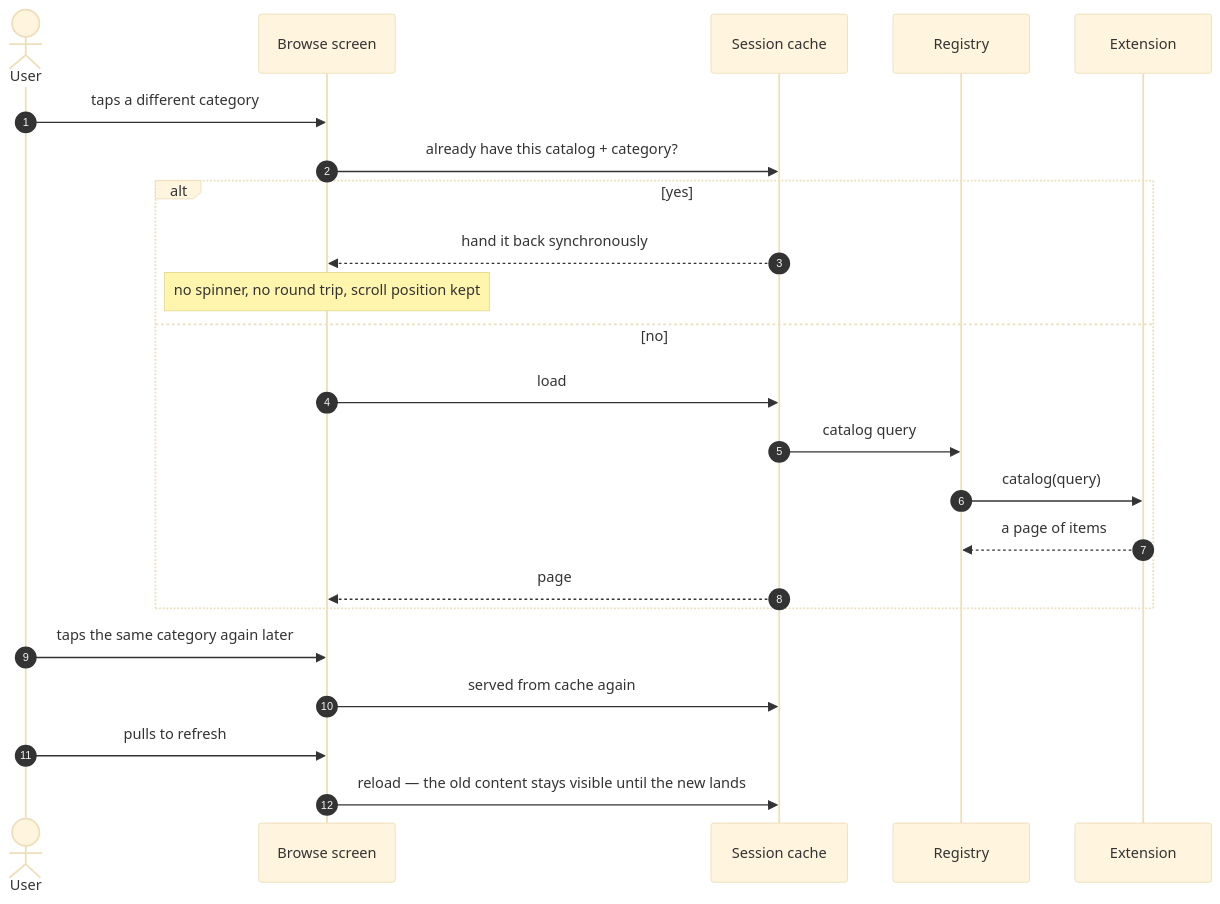
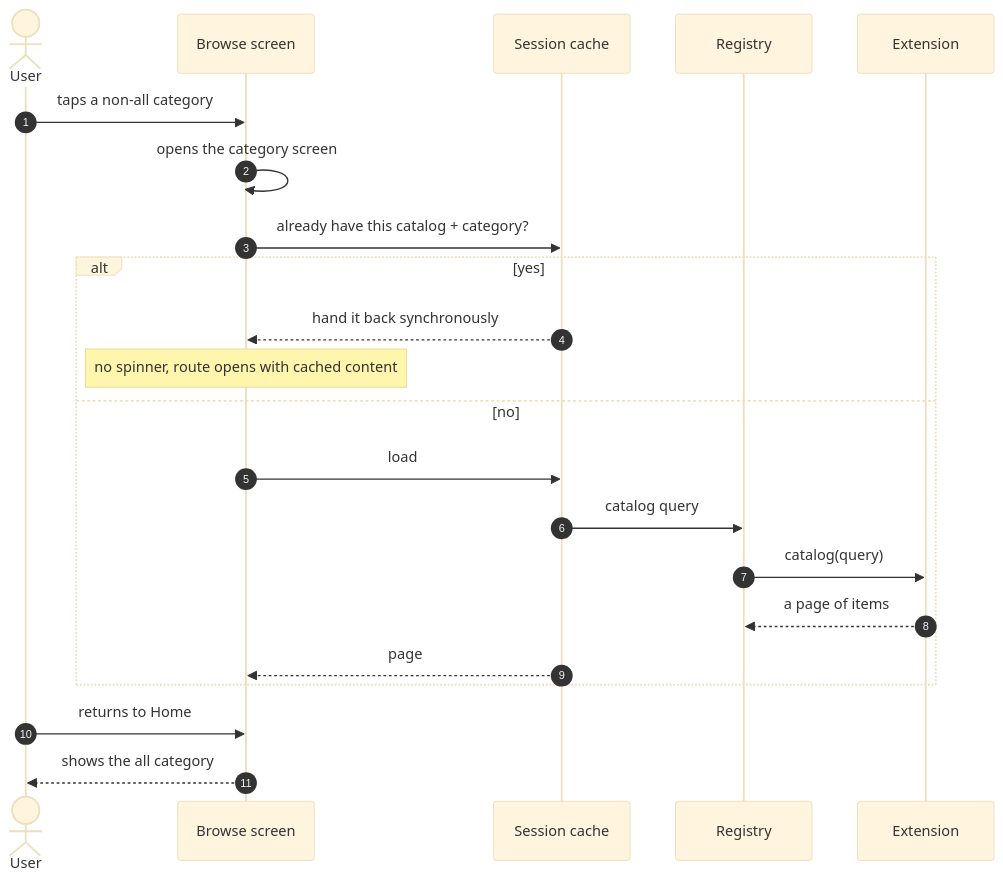
Before and after one commit to nimbusfvck/fvcksubs: the fifth of 13 diagrams in docs/04-user-journey.md, drawn with Mermaid (base theme). The commit also changed other lines of this file and 12 other files, not shown here.

````diff
--- a/docs/04-user-journey.md
+++ b/docs/04-user-journey.md
@@ -137,26 +142,25 @@
 ```mermaid
 sequenceDiagram
     autonumber
     actor U as User
     participant H as Browse screen
     participant C as Session cache
     participant R as Registry
     participant X as Extension
 
-    U->>H: taps a different category
+    U->>H: taps a non-all category
+    H->>H: opens the category screen
     H->>C: already have this catalog + category?
     alt yes
         C-->>H: hand it back synchronously
-        Note over H: no spinner, no round trip, scroll position kept
+        Note over H: no spinner, route opens with cached content
     else no
         H->>C: load
         C->>R: catalog query
         R->>X: catalog(query)
         X-->>R: a page of items
         C-->>H: page
     end
-    U->>H: taps the same category again later
-    H->>C: served from cache again
-    U->>H: pulls to refresh
-    H->>C: reload — the old content stays visible until the new lands
+    U->>H: returns to Home
+    H-->>U: shows the all category
 ```
````
